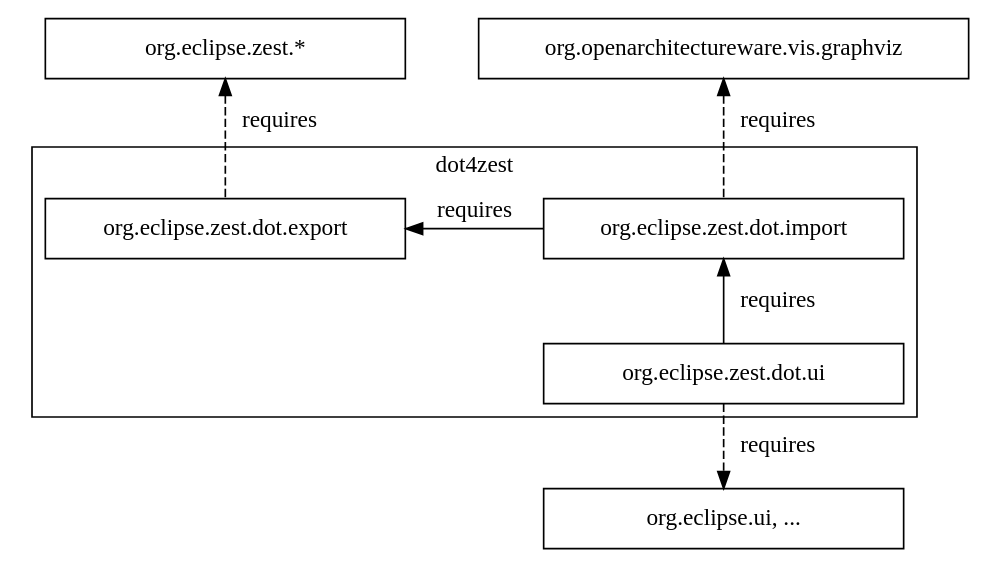
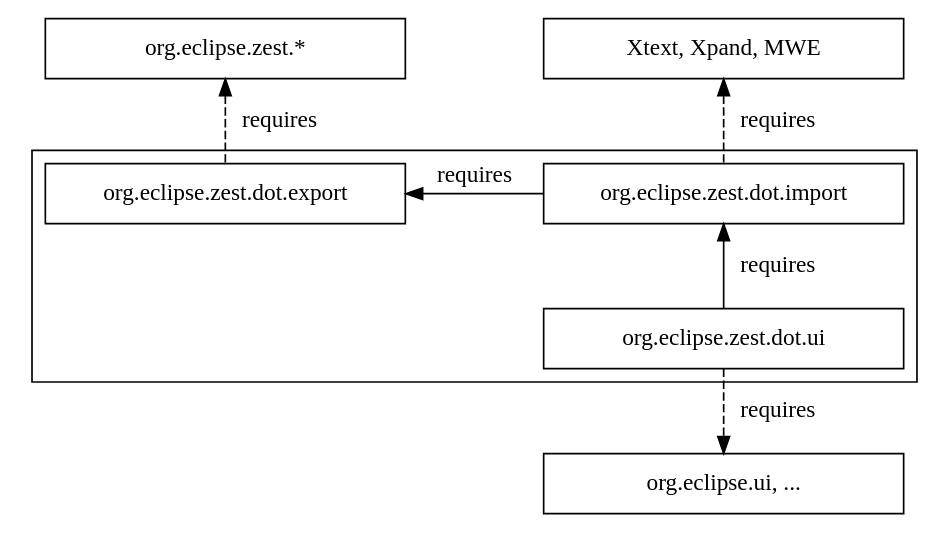
The diagram in org.eclipse.zest.dot.ui/resources/docs/dependencies.dot (eclipse/gef-classic), drawn with Graphviz before and after one commit. The commit also changed 10 other files, not shown here.

```diff
--- a/org.eclipse.zest.dot.ui/resources/docs/dependencies.dot
+++ b/org.eclipse.zest.dot.ui/resources/docs/dependencies.dot
@@ -1,27 +1,27 @@
 /*******************************************************************************
  * Copyright (c) 2009 Fabian Steeg. All rights reserved. This program and the
  * accompanying materials are made available under the terms of the Eclipse
  * Public License v1.0 which accompanies this distribution, and is available at
  * http://www.eclipse.org/legal/epl-v10.html
  * <p/>
  * Contributors: Fabian Steeg - initial API and implementation; see bug 277380
  *******************************************************************************/
 digraph dependencies{
-	rankdir=TD
+	//rankdir=TD
 	node[shape=box width=3]
 	edge[]
 	zest[label="org.eclipse.zest.*"]
-	graphviz[label="org.openarchitectureware.vis.graphviz"]
+	xtext[label="Xtext, Xpand, MWE"]
 	ui[label="org.eclipse.ui, ..."]
 	subgraph cluster_0{
-		label="dot4zest"
+		//label="dot4zest"
 		import[label="org.eclipse.zest.dot.import"]
 		export[label="org.eclipse.zest.dot.export"]
 		dotui[label="org.eclipse.zest.dot.ui"]
 	}
 	zest->export[label=" requires" dir=back style=dashed]
 	export->import[label=" requires" dir=back constraint=false]
-	graphviz->import[label=" requires" dir=back style=dashed]
+	xtext->import[label=" requires" dir=back style=dashed]
 	import->dotui[label=" requires" dir=back]
 	dotui->ui[label=" requires" style=dashed]
 }
```
